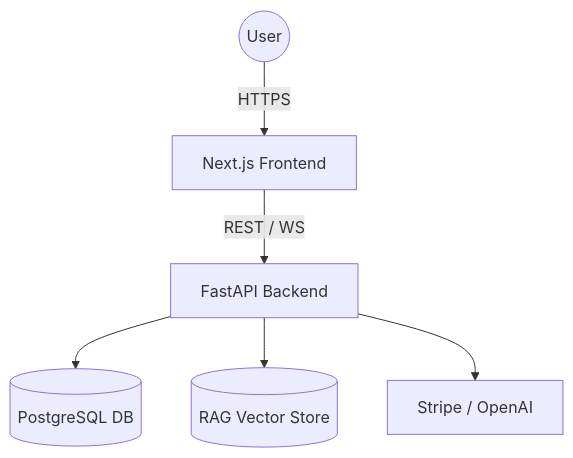
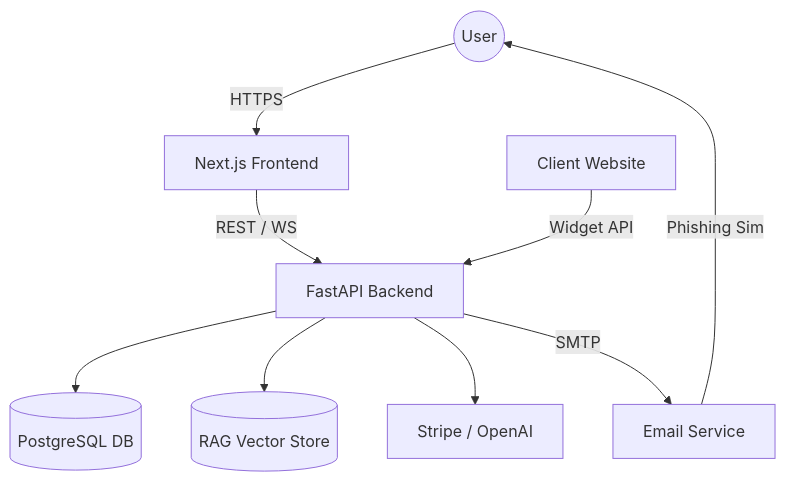
Before and after one commit to NoorAhmed786/SecureGuard: the diagram in README.md, drawn with Mermaid. The commit also changed other lines of this file and 3 other files, not shown here.

Commit message:
Docs: Update Threat Model and DFD with Widget/Simulation flows

````diff
--- a/README.md
+++ b/README.md
@@ -70,8 +72,15 @@
 ```mermaid
 graph TD
     User((User)) -->|HTTPS| Frontend[Next.js Frontend]
     Frontend -->|REST / WS| Backend[FastAPI Backend]
     Backend --> DB[(PostgreSQL DB)]
     Backend --> Vector[(RAG Vector Store)]
     Backend --> External[Stripe / OpenAI]
+    
+    %% Widget Flow
+    ClientSite[Client Website] -->|Widget API| Backend
+    
+    %% Simulation Flow
+    Backend -->|SMTP| Email[Email Service]
+    Email -->|Phishing Sim| User
 ```
````
